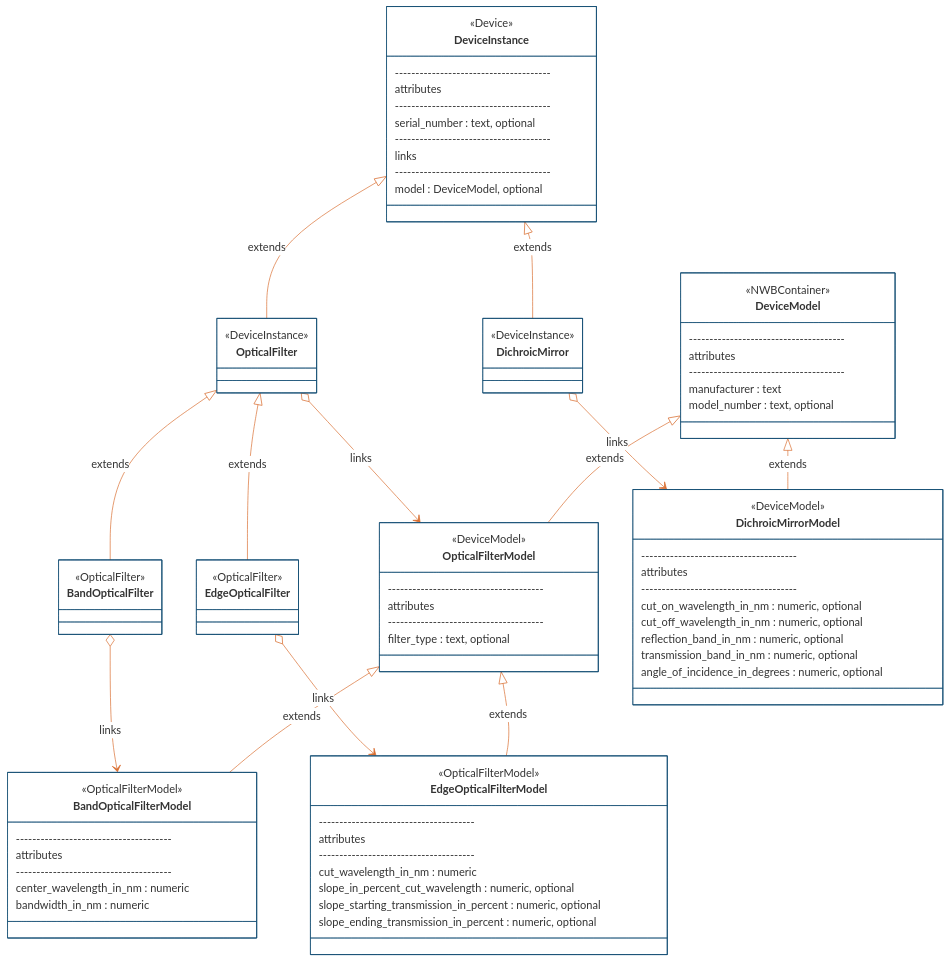
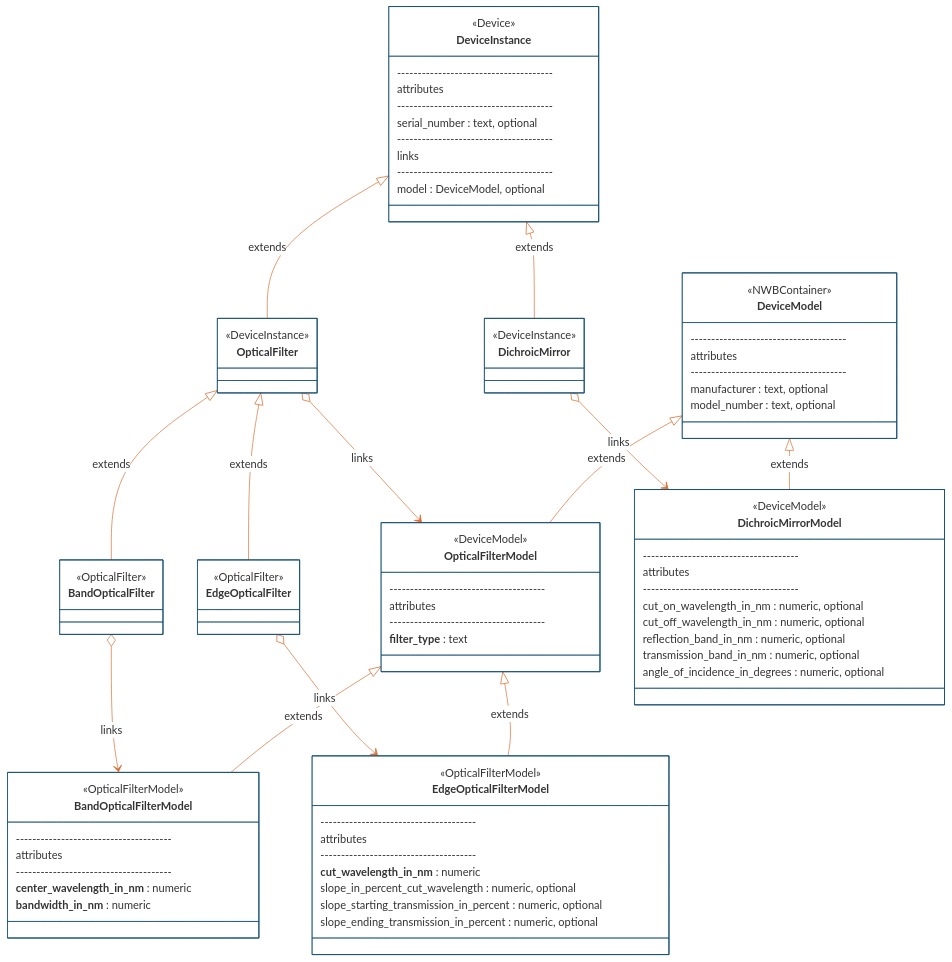
The fourth of 4 diagrams in README.md (catalystneuro/ndx-ophys-devices), drawn with Mermaid before and after one commit. The commit also changed other lines of this file and 2 other files, not shown here.

Commit message:
Enhance documentation by marking attributes as optional in README and YAML files

```diff
--- a/README.md
+++ b/README.md
@@ -520,7 +520,7 @@
         --------------------------------------
         attributes
         --------------------------------------
-        manufacturer : text
+        manufacturer : text, optional
         model_number : text, optional
     }
     
@@ -541,7 +541,7 @@
         --------------------------------------
         attributes
         --------------------------------------
-        filter_type : text, optional
+        **filter_type** : text
     }
     
     class OpticalFilter{
@@ -553,8 +553,8 @@
         --------------------------------------
         attributes
         --------------------------------------
-        center_wavelength_in_nm : numeric
-        bandwidth_in_nm : numeric
+        **center_wavelength_in_nm** : numeric
+        **bandwidth_in_nm** : numeric
     }
     
     class BandOpticalFilter{
@@ -566,7 +566,7 @@
         --------------------------------------
         attributes
         --------------------------------------
-        cut_wavelength_in_nm : numeric
+        **cut_wavelength_in_nm** : numeric
         slope_in_percent_cut_wavelength : numeric, optional
         slope_starting_transmission_in_percent : numeric, optional
         slope_ending_transmission_in_percent : numeric, optional
```
